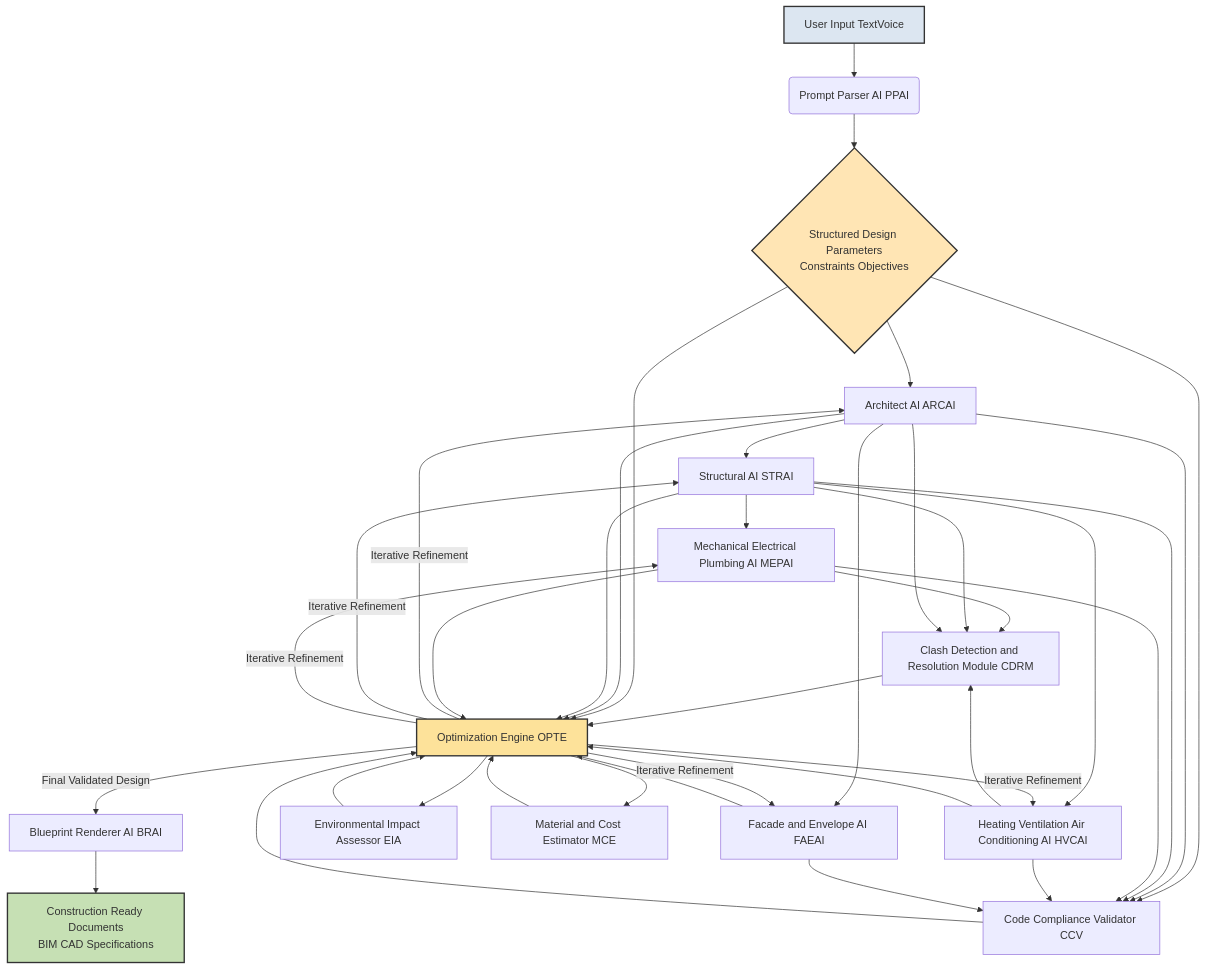
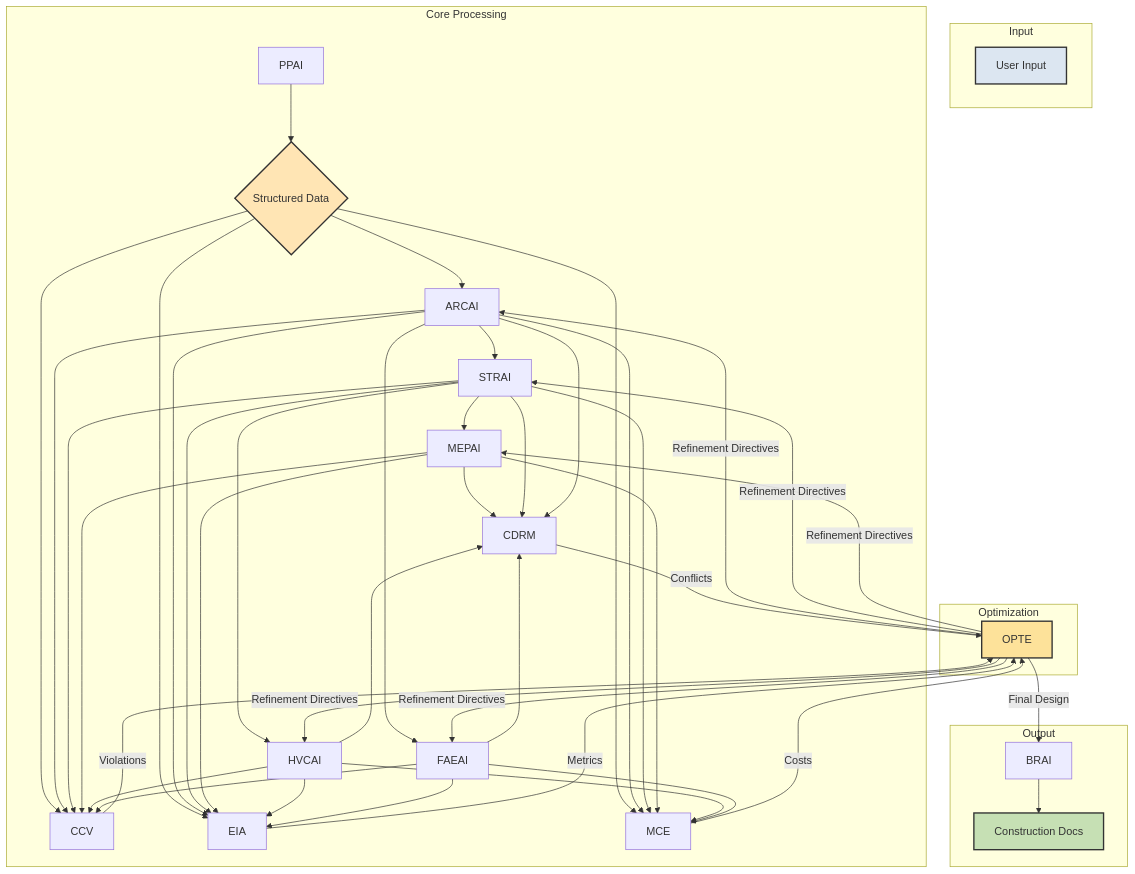
One commit to diplomat-bit/Citibank_Demo_Business_Inc_Demonstration- changed the ninth of 9 diagrams in inventions/102_generative_architectural_blueprint_system.md. Above: the diagram before and after it, drawn with Mermaid. The commit also changed other lines of this file, not shown here.

Commit message:
[AI] Edit: inventions/102_generative_architectural_blueprint_system.md

````diff
--- a/inventions/102_generative_architectural_blueprint_system.md
+++ b/inventions/102_generative_architectural_blueprint_system.md
@@ -32,53 +185,60 @@
 ```mermaid
 graph TD
-    A[User Input TextVoice] --> B(Prompt Parser AI PPAI);
-    B --> C{Structured Design Parameters<br>Constraints Objectives};
+    subgraph Input
+        A[User Input]
+    end
 
-    C --> D[Architect AI ARCAI];
-    D --> E[Structural AI STRAI];
-    D --> F[Facade and Envelope AI FAEAI];
+    subgraph Core Processing
+        B[PPAI] --> C{Structured Data}
+        C --> D[ARCAI]
+        D --> E[STRAI]
+        D --> F[FAEAI]
+        E --> G[MEPAI]
+        E --> H[HVCAI]
+        G --> I[CDRM]
+        H --> I
+        E --> I
+        D --> I
+        F --> I
+        C --> J[CCV]
+        D --> J
+        E --> J
+        G --> J
+        H --> J
+        F --> J
+        C --> K[EIA]
+        D --> K
+        E --> K
+        G --> K
+        H --> K
+        F --> K
+        C --> L[MCE]
+        D --> L
+        E --> L
+        G --> L
+        H --> L
+        F --> L
+    end
 
-    E --> G[Mechanical Electrical Plumbing AI MEPAI];
-    E --> H[Heating Ventilation Air Conditioning AI HVCAI];
+    subgraph Optimization
+        I -- Conflicts --> M[OPTE]
+        J -- Violations --> M
+        K -- Metrics --> M
+        L -- Costs --> M
+        M -- Refinement Directives --> D
+        M -- Refinement Directives --> E
+        M -- Refinement Directives --> G
+        M -- Refinement Directives --> H
+        M -- Refinement Directives --> F
+    end
 
-    G --> I[Clash Detection and Resolution Module CDRM];
-    H --> I;
-    E --> I;
-    D --> I;
-
-    C --> J[Code Compliance Validator CCV];
-    D --> J;
-    E --> J;
-    G --> J;
-    H --> J;
-    F --> J;
-
-    I --> K[Optimization Engine OPTE];
-    J --> K;
-    C --> K;
-    D --> K;
-    E --> K;
-    G --> K;
-    H --> K;
-    F --> K;
-
-    K -- Iterative Refinement --> D;
-    K -- Iterative Refinement --> E;
-    K -- Iterative Refinement --> G;
-    K -- Iterative Refinement --> H;
-    K -- Iterative Refinement --> F;
-
-    K --> L[Environmental Impact Assessor EIA];
-    K --> M[Material and Cost Estimator MCE];
-
-    L --> K;
-    M --> K;
-
-    K -- Final Validated Design --> N[Blueprint Renderer AI BRAI];
-    N --> O[Construction Ready Documents<br>BIM CAD Specifications];
+    subgraph Output
+        M -- Final Design --> N[BRAI]
+        N --> O[Construction Docs]
+    end
 
     style A fill:#DCE6F1,stroke:#333,stroke-width:2px
     style O fill:#C6E0B4,stroke:#333,stroke-width:2px
-    style K fill:#FDE29A,stroke:#333,stroke-width:2px
+    style M fill:#FDE29A,stroke:#333,stroke-width:2px
     style C fill:#FFE5B4,stroke:#333,stroke-width:2px
 ```
````
